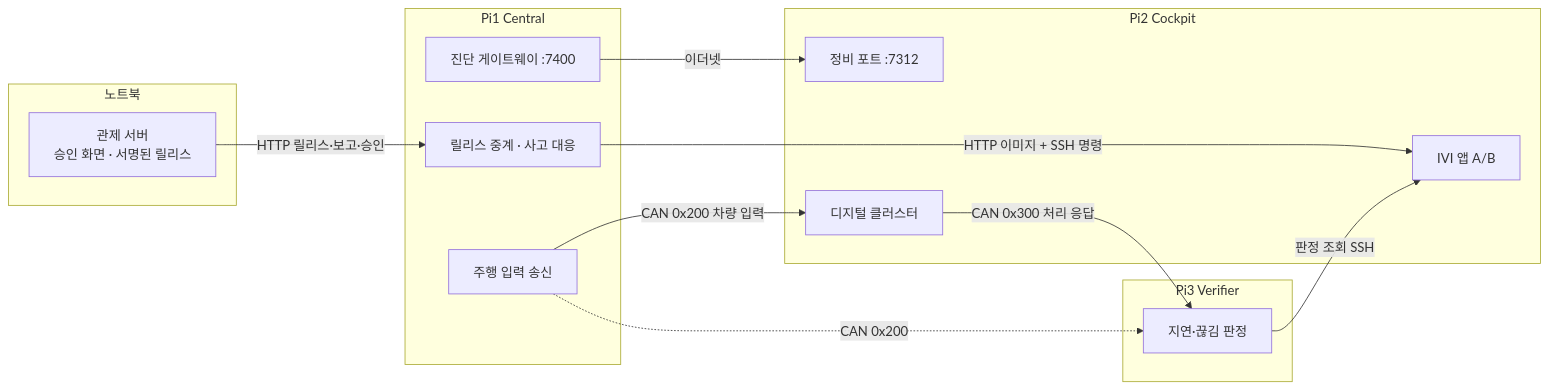
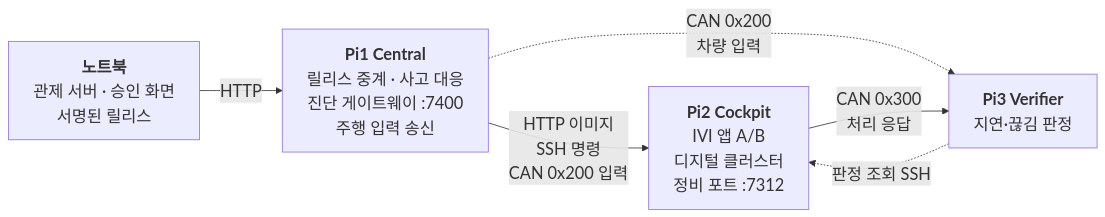
Before and after one commit to jsy202/CAPSTONE_OTA: the first of 3 diagrams in README.md, drawn with Mermaid. The commit also changed other lines of this file, not shown here.

Commit message:
docs(readme): 다이어그램을 단순하게 줄여 GitHub에서 더 크게 보이게 함

````diff
--- a/README.md
+++ b/README.md
@@ -27,26 +27,13 @@
 ```mermaid
+%%{init: {"themeVariables": {"fontSize": "20px"}}}%%
 flowchart LR
-  subgraph LAP["노트북"]
-    SRV["관제 서버<br/>승인 화면 · 서명된 릴리스"]
-  end
-  subgraph P1["Pi1 Central"]
-    GW["진단 게이트웨이 :7400"]
-    RELAY["릴리스 중계 · 사고 대응"]
-    DRV["주행 입력 송신"]
-  end
-  subgraph P2["Pi2 Cockpit"]
-    MP["정비 포트 :7312"]
-    CL["디지털 클러스터"]
-    IVI["IVI 앱 A/B"]
-  end
-  subgraph P3["Pi3 Verifier"]
-    MON["지연·끊김 판정"]
-  end
-  SRV -- "HTTP 릴리스·보고·승인" --> RELAY
-  RELAY -- "HTTP 이미지 + SSH 명령" --> IVI
-  GW -- "이더넷" --> MP
-  DRV -- "CAN 0x200 차량 입력" --> CL
-  DRV -. "CAN 0x200" .-> MON
-  CL -- "CAN 0x300 처리 응답" --> MON
-  MON -- "판정 조회 SSH" --> IVI
+  LAP["<b>노트북</b><br/>관제 서버 · 승인 화면<br/>서명된 릴리스"]
+  P1["<b>Pi1 Central</b><br/>릴리스 중계 · 사고 대응<br/>진단 게이트웨이 :7400<br/>주행 입력 송신"]
+  P2["<b>Pi2 Cockpit</b><br/>IVI 앱 A/B<br/>디지털 클러스터<br/>정비 포트 :7312"]
+  P3["<b>Pi3 Verifier</b><br/>지연·끊김 판정"]
+  LAP -- "HTTP" --> P1
+  P1 -- "HTTP 이미지<br/>SSH 명령<br/>CAN 0x200 입력" --> P2
+  P1 -. "CAN 0x200<br/>차량 입력" .-> P3
+  P2 -- "CAN 0x300<br/>처리 응답" --> P3
+  P3 -. "판정 조회 SSH" .-> P2
 ```
````
